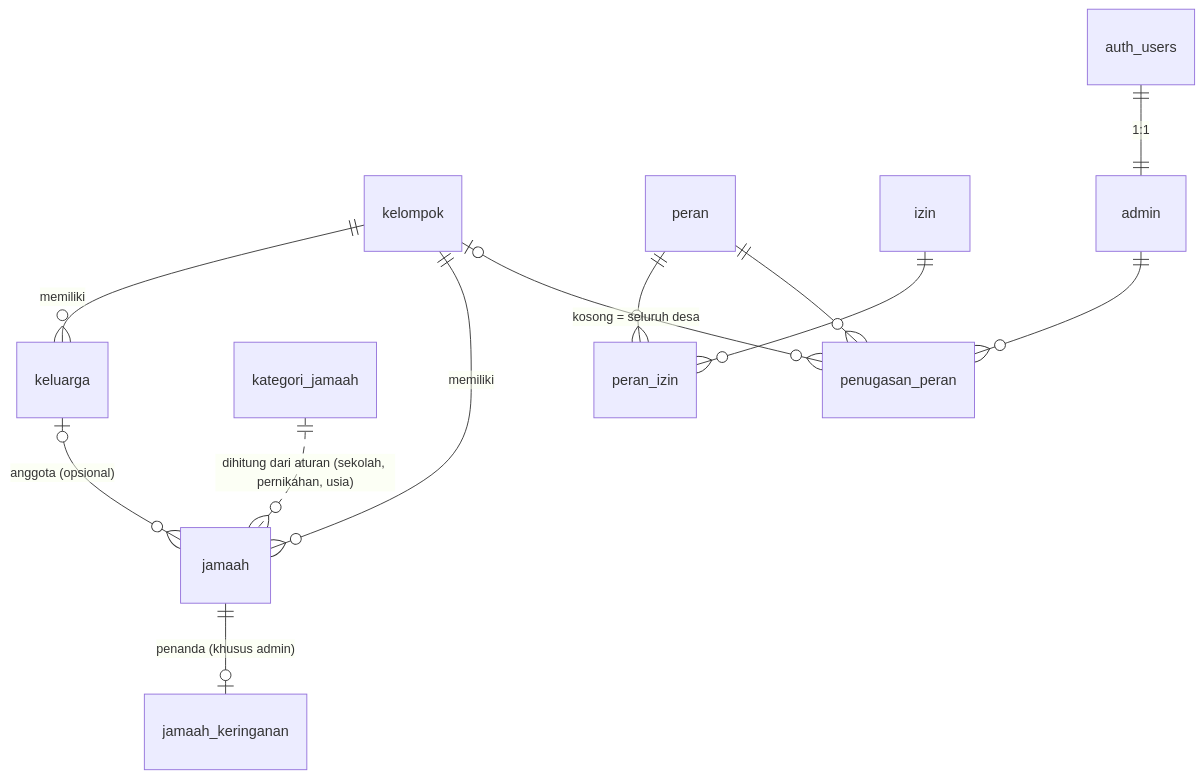
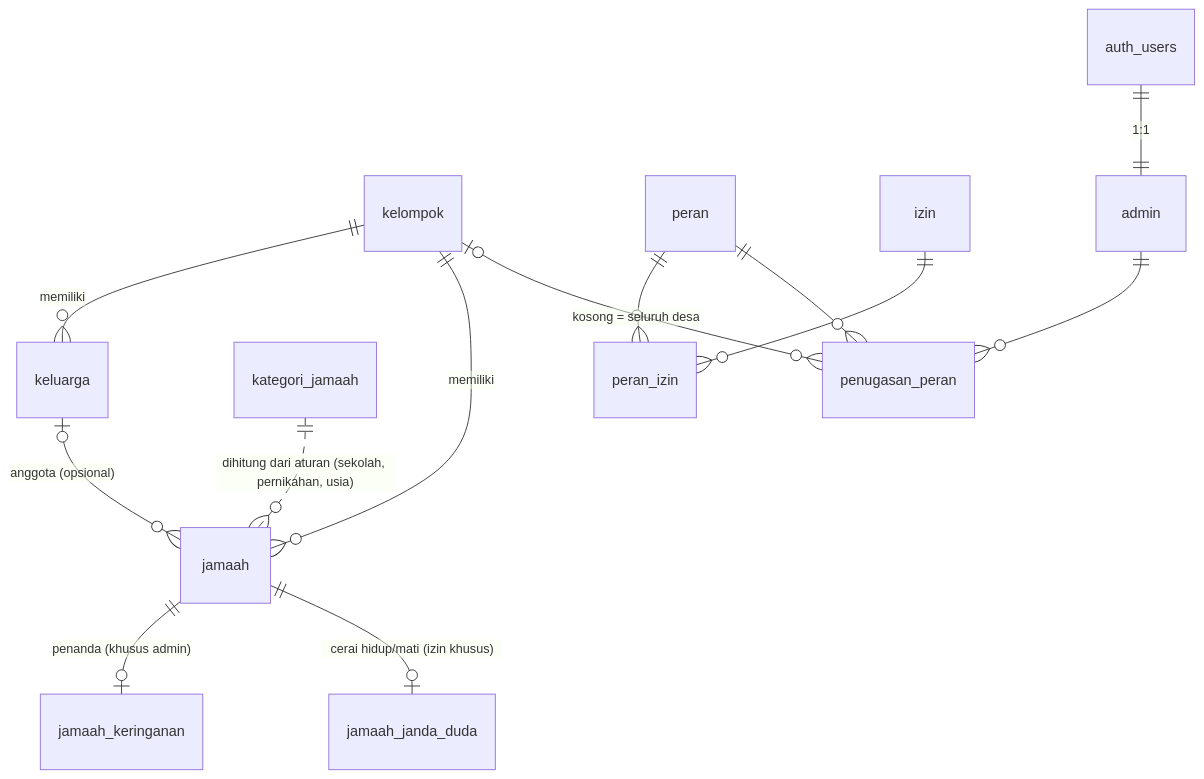
Before and after one commit to Moreno19Ryan/kawanku-app: the diagram in docs/schema-proposal.md, drawn with Mermaid. The commit also changed other lines of this file and 1 other file, not shown here.

First line of the commit message:
docs: batasi keterangan janda/duda lewat tabel dan izin terpisah

````diff
--- a/docs/schema-proposal.md
+++ b/docs/schema-proposal.md
@@ -42,14 +42,15 @@
 ```mermaid
 erDiagram
   kelompok ||--o{ keluarga : memiliki
   kelompok ||--o{ jamaah : memiliki
   keluarga |o--o{ jamaah : "anggota (opsional)"
   jamaah ||--o| jamaah_keringanan : "penanda (khusus admin)"
+  jamaah ||--o| jamaah_janda_duda : "cerai hidup/mati (izin khusus)"
   kategori_jamaah ||..o{ jamaah : "dihitung dari aturan (sekolah, pernikahan, usia)"
   peran ||--o{ peran_izin : ""
   izin ||--o{ peran_izin : ""
   admin ||--o{ penugasan_peran : ""
   peran ||--o{ penugasan_peran : ""
   kelompok |o--o{ penugasan_peran : "kosong = seluruh desa"
   auth_users ||--|| admin : "1:1"
 ```
````
